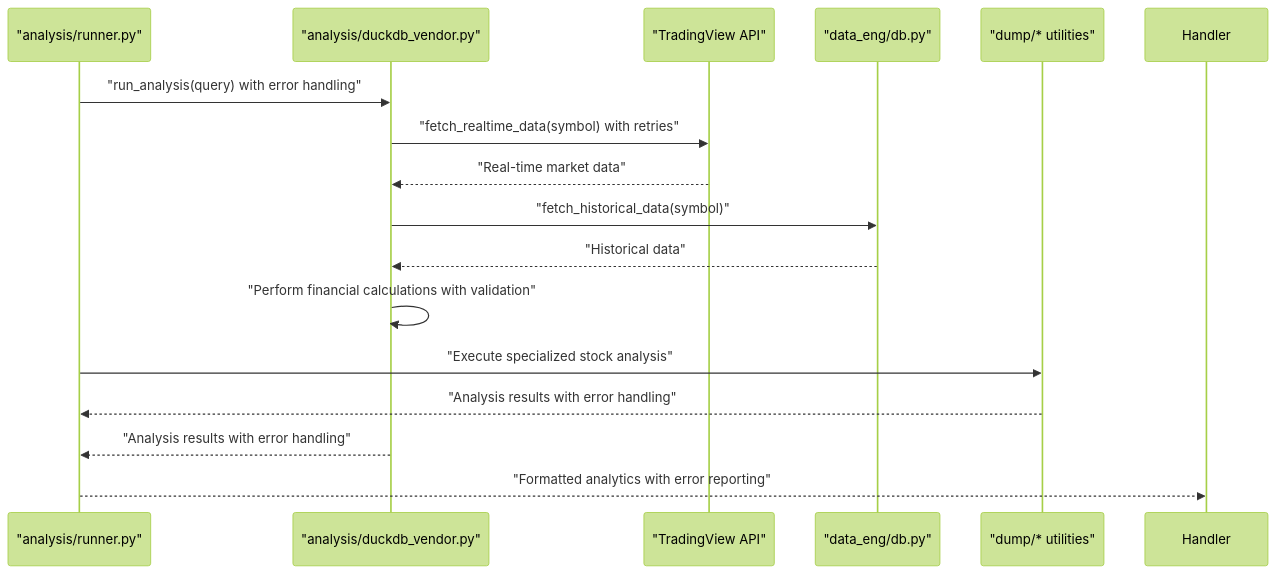
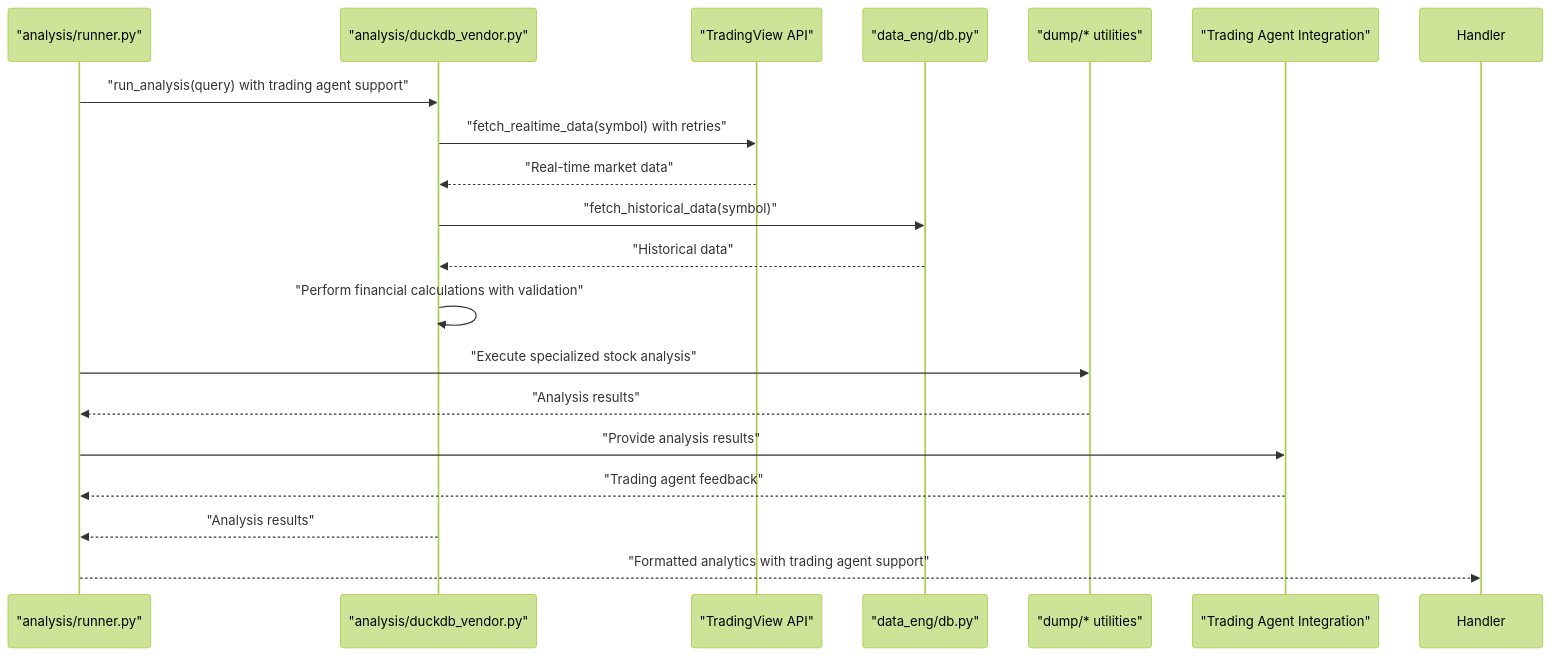
Before and after one commit to ZengSeng/telegram-bot: the ninth of 12 diagrams in .qoder/repowiki/en/content/Core Components/Analysis Framework.md, drawn with Mermaid (forest theme). The commit also changed other lines of this file and 7 other files, not shown here.

````diff
--- a/.qoder/repowiki/en/content/Core Components/Analysis Framework.md
+++ b/.qoder/repowiki/en/content/Core Components/Analysis Framework.md
@@ -447,18 +431,21 @@
 ```mermaid
 sequenceDiagram
 participant Runner as "analysis/runner.py"
 participant DuckDB as "analysis/duckdb_vendor.py"
 participant TradingView as "TradingView API"
 participant DB as "data_eng/db.py"
 participant DumpUtils as "dump/* utilities"
-Runner->>DuckDB : "run_analysis(query) with error handling"
+participant TradingAgent as "Trading Agent Integration"
+Runner->>DuckDB : "run_analysis(query) with trading agent support"
 DuckDB->>TradingView : "fetch_realtime_data(symbol) with retries"
 TradingView-->>DuckDB : "Real-time market data"
 DuckDB->>DB : "fetch_historical_data(symbol)"
 DB-->>DuckDB : "Historical data"
 DuckDB->>DuckDB : "Perform financial calculations with validation"
 Runner->>DumpUtils : "Execute specialized stock analysis"
-DumpUtils-->>Runner : "Analysis results with error handling"
-DuckDB-->>Runner : "Analysis results with error handling"
-Runner-->>Handler : "Formatted analytics with error reporting"
+DumpUtils-->>Runner : "Analysis results"
+Runner->>TradingAgent : "Provide analysis results"
+TradingAgent-->>Runner : "Trading agent feedback"
+DuckDB-->>Runner : "Analysis results"
+Runner-->>Handler : "Formatted analytics with trading agent support"
 ```
````
